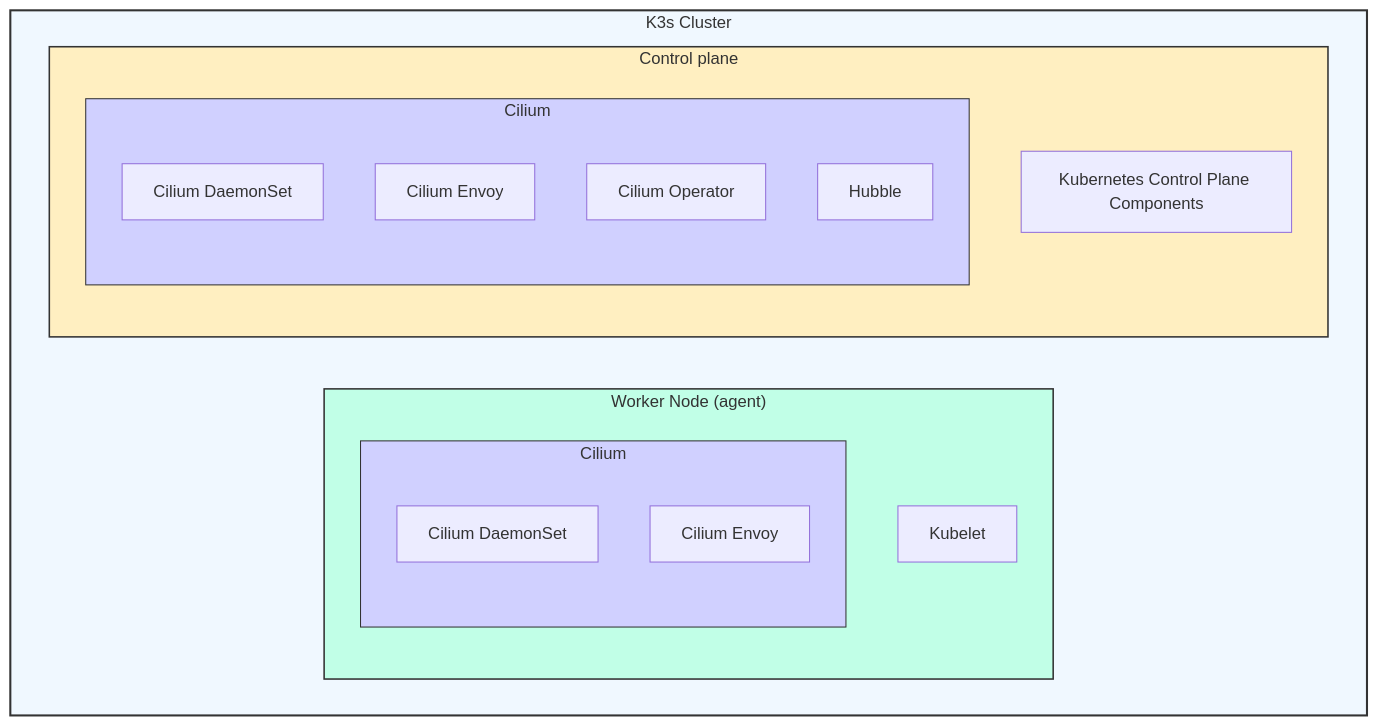
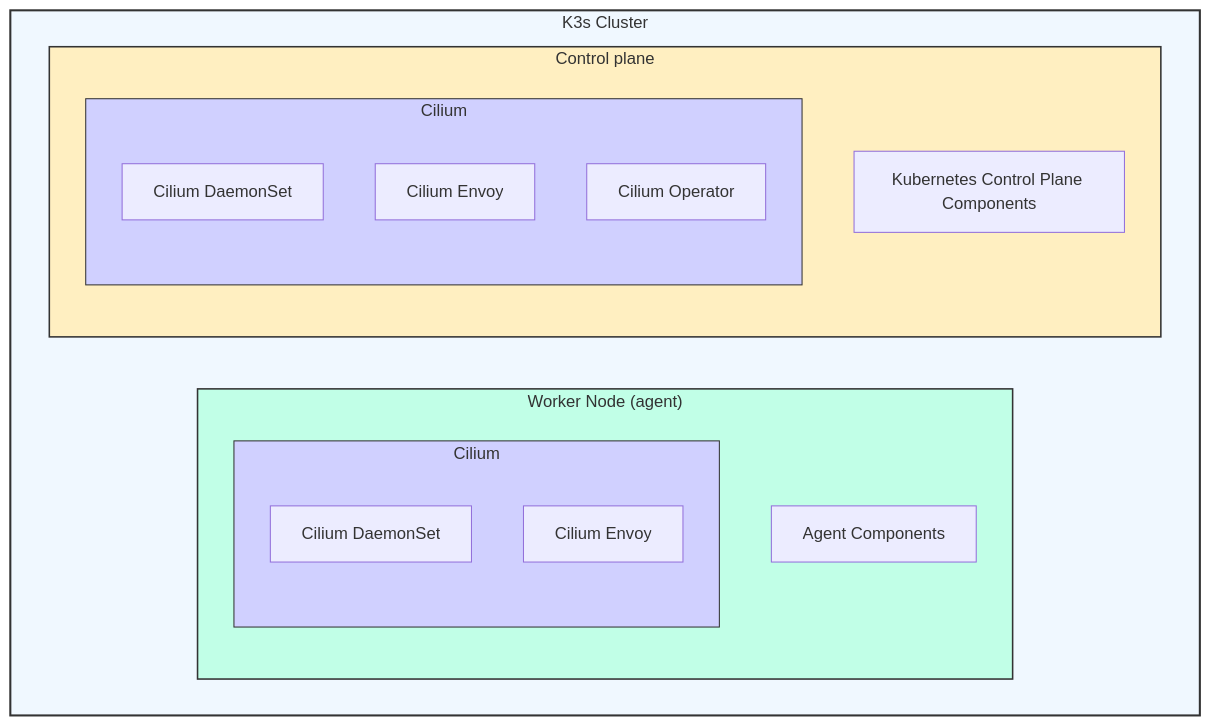
The diagram in content/posts/hs_2_k3scilium/index.md (k1nho/k1nho.github.io), drawn with Mermaid before and after one commit. The commit also changed other lines of this file, not shown here.

````diff
--- a/content/posts/hs_2_k3scilium/index.md
+++ b/content/posts/hs_2_k3scilium/index.md
@@ -283,29 +282,28 @@
 ```mermaid
 graph TD
     subgraph K3s_Cluster["K3s Cluster"]
       subgraph Worker["Worker Node (agent)"]
-            KubeletW["Kubelet"]
+            k3sAgent["Agent Components"]
             subgraph CiliumW["Cilium"]
                 CiliumDS["Cilium DaemonSet"]
                 CiliumEnvoy["Cilium Envoy"]
             end
         end
 
         subgraph Master["Control plane"]
             K3scomponets["Kubernetes Control Plane Components"]
             subgraph CiliumM["Cilium"]
                 CiliumDSM["Cilium DaemonSet"]
                 CiliumEnvoyM["Cilium Envoy"]
                 CiliumOperator["Cilium Operator"]
-                Hubble["Hubble"]
             end
         end
     end
 
     %% Style the subgraphs
     style K3s_Cluster fill:#f0f8ff,stroke:#333,stroke-width:2px
     style Master fill:#ffefc1,stroke:#333,stroke-width:1.5px
     style Worker fill:#c1ffe7,stroke:#333,stroke-width:1.5px
     style CiliumW fill:#d0d0ff,stroke:#333,stroke-width:1px
     style CiliumM fill:#d0d0ff,stroke:#333,stroke-width:1px
 ```
````
